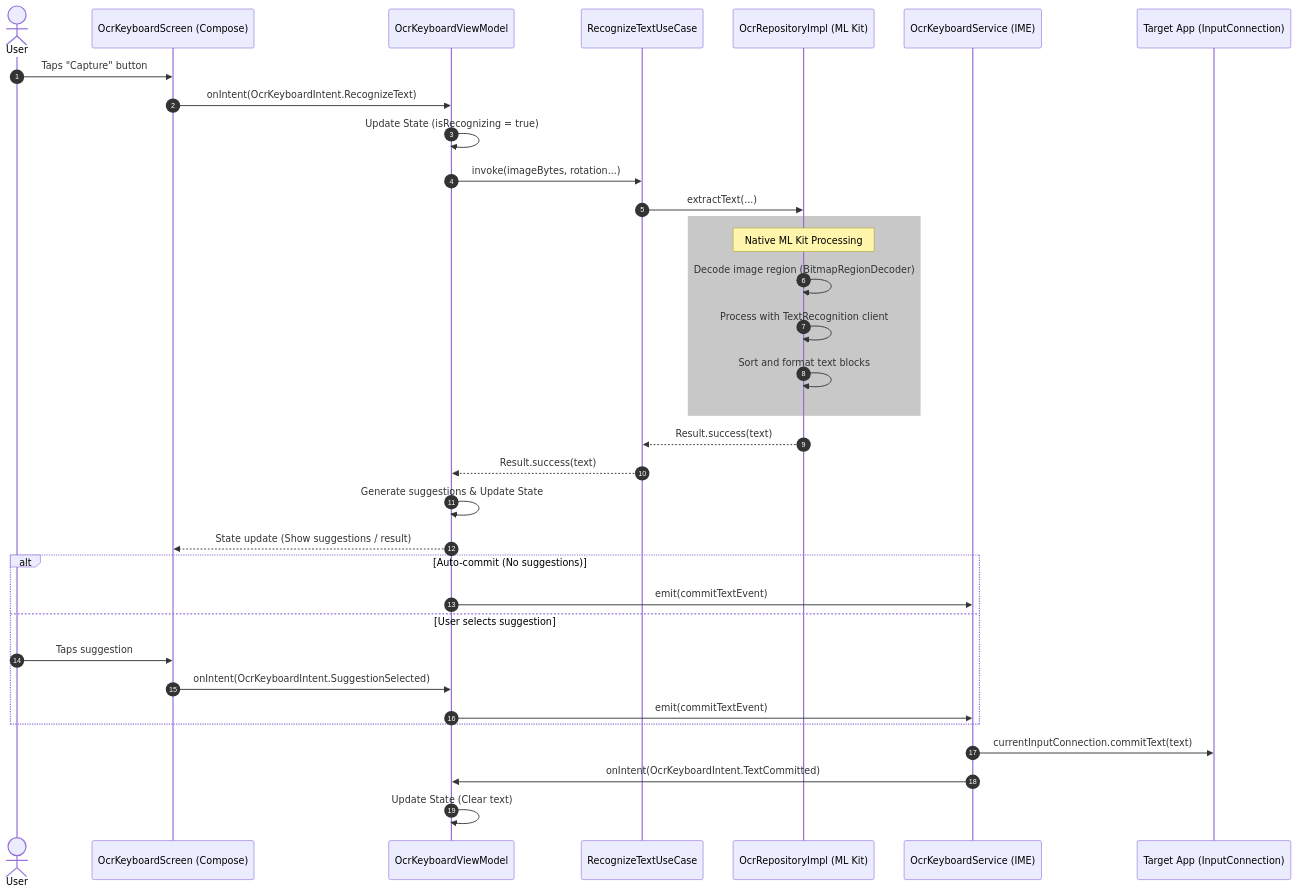
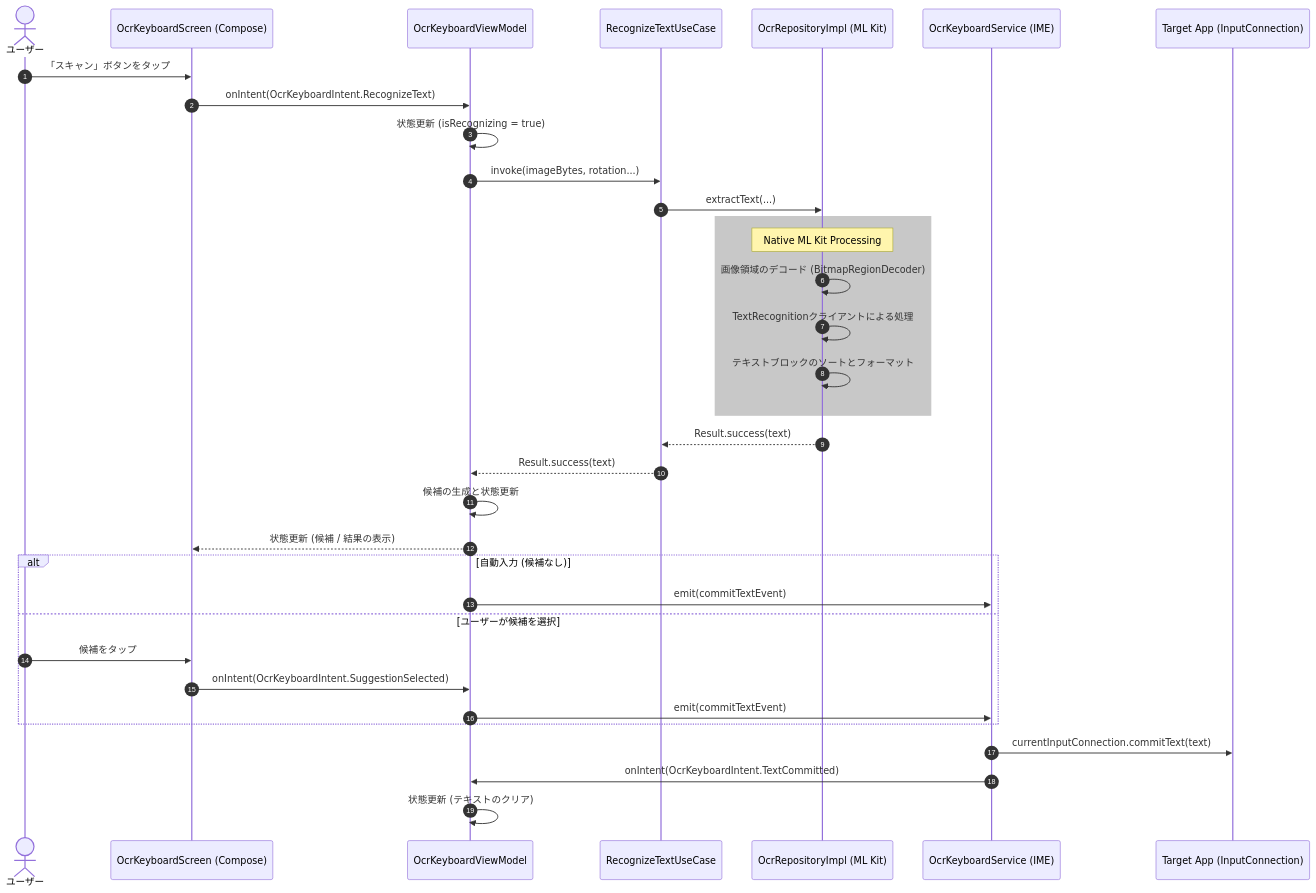
One commit to 86chan/OCRKeyboard changed the diagram in docs/ARCHITECTURE.md. Above: the diagram before and after it, drawn with Mermaid. The commit also changed other lines of this file, not shown here.

Commit message:
docs: Translate ARCHITECTURE.md to Japanese

````diff
--- a/docs/ARCHITECTURE.md
+++ b/docs/ARCHITECTURE.md
@@ -16,43 +16,43 @@
 ```mermaid
 sequenceDiagram
     autonumber
-    actor User
+    actor User as ユーザー
     participant UI as OcrKeyboardScreen (Compose)
     participant VM as OcrKeyboardViewModel
     participant UC as RecognizeTextUseCase
     participant Repo as OcrRepositoryImpl (ML Kit)
     participant Service as OcrKeyboardService (IME)
     participant App as Target App (InputConnection)
 
-    User->>UI: Taps "Capture" button
+    User->>UI: 「スキャン」ボタンをタップ
     UI->>VM: onIntent(OcrKeyboardIntent.RecognizeText)
-    VM->>VM: Update State (isRecognizing = true)
+    VM->>VM: 状態更新 (isRecognizing = true)
 
     VM->>UC: invoke(imageBytes, rotation...)
     UC->>Repo: extractText(...)
 
     rect rgb(200, 200, 200)
         Note over Repo: Native ML Kit Processing
-        Repo->>Repo: Decode image region (BitmapRegionDecoder)
-        Repo->>Repo: Process with TextRecognition client
-        Repo->>Repo: Sort and format text blocks
+        Repo->>Repo: 画像領域のデコード (BitmapRegionDecoder)
+        Repo->>Repo: TextRecognitionクライアントによる処理
+        Repo->>Repo: テキストブロックのソートとフォーマット
     end
 
     Repo-->>UC: Result.success(text)
     UC-->>VM: Result.success(text)
 
-    VM->>VM: Generate suggestions & Update State
-    VM-->>UI: State update (Show suggestions / result)
+    VM->>VM: 候補の生成と状態更新
+    VM-->>UI: 状態更新 (候補 / 結果の表示)
 
-    alt Auto-commit (No suggestions)
+    alt 自動入力 (候補なし)
         VM->>Service: emit(commitTextEvent)
-    else User selects suggestion
-        User->>UI: Taps suggestion
+    else ユーザーが候補を選択
+        User->>UI: 候補をタップ
         UI->>VM: onIntent(OcrKeyboardIntent.SuggestionSelected)
         VM->>Service: emit(commitTextEvent)
     end
 
     Service->>App: currentInputConnection.commitText(text)
     Service->>VM: onIntent(OcrKeyboardIntent.TextCommitted)
-    VM->>VM: Update State (Clear text)
+    VM->>VM: 状態更新 (テキストのクリア)
 ```
````
